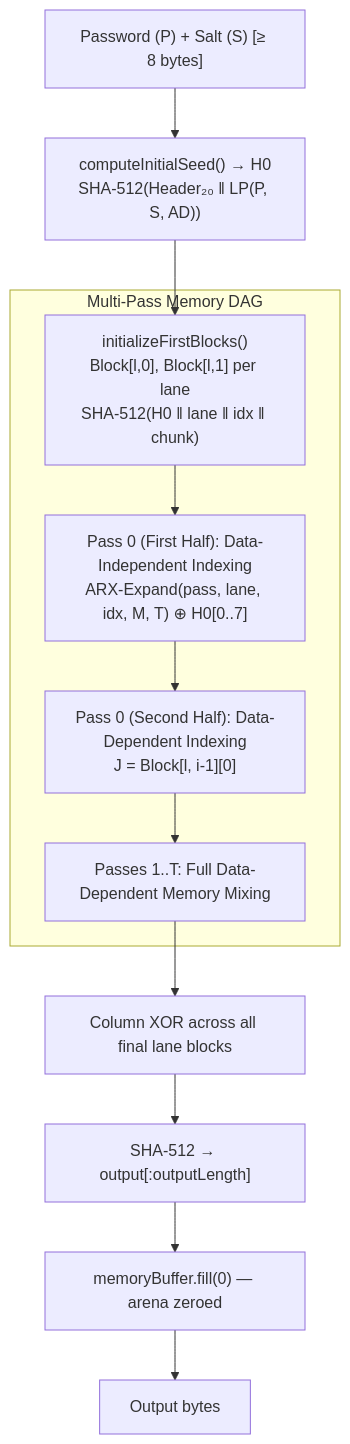
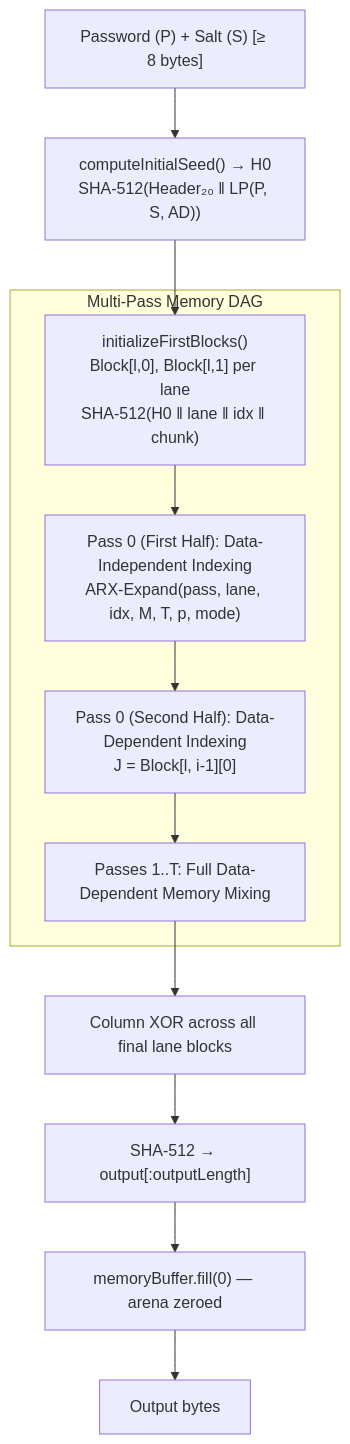
One commit to Epoch32/aura changed the diagram in docs/ENGINE.md. Above: the diagram before and after it, drawn with Mermaid. The commit also changed other lines of this file and 7 other files, not shown here.

````diff
--- a/docs/ENGINE.md
+++ b/docs/ENGINE.md
@@ -33,16 +33,16 @@
 ```mermaid
 flowchart TD
     INPUT["Password (P) + Salt (S) [≥ 8 bytes]"] --> SEED["computeInitialSeed() → H0\nSHA-512(Header₂₀ ‖ LP(P, S, AD))"]
     SEED --> INIT["initializeFirstBlocks()\nBlock[l,0], Block[l,1] per lane\nSHA-512(H0 ‖ lane ‖ idx ‖ chunk)"]
 
     subgraph Passes["Multi-Pass Memory DAG"]
-        INIT --> P0_IND["Pass 0 (First Half): Data-Independent Indexing\nARX-Expand(pass, lane, idx, M, T) ⊕ H0[0..7]"]
+        INIT --> P0_IND["Pass 0 (First Half): Data-Independent Indexing\nARX-Expand(pass, lane, idx, M, T, p, mode)"]
         P0_IND --> P0_DEP["Pass 0 (Second Half): Data-Dependent Indexing\nJ = Block[l, i-1][0]"]
         P0_DEP --> P_SUB["Passes 1..T: Full Data-Dependent Memory Mixing"]
     end
 
     P_SUB --> REDUCE["Column XOR across all final lane blocks"]
     REDUCE --> DIGEST["SHA-512 → output[:outputLength]"]
     DIGEST --> WIPE["memoryBuffer.fill(0) — arena zeroed"]
     WIPE --> OUT["Output bytes"]
 ```
````
